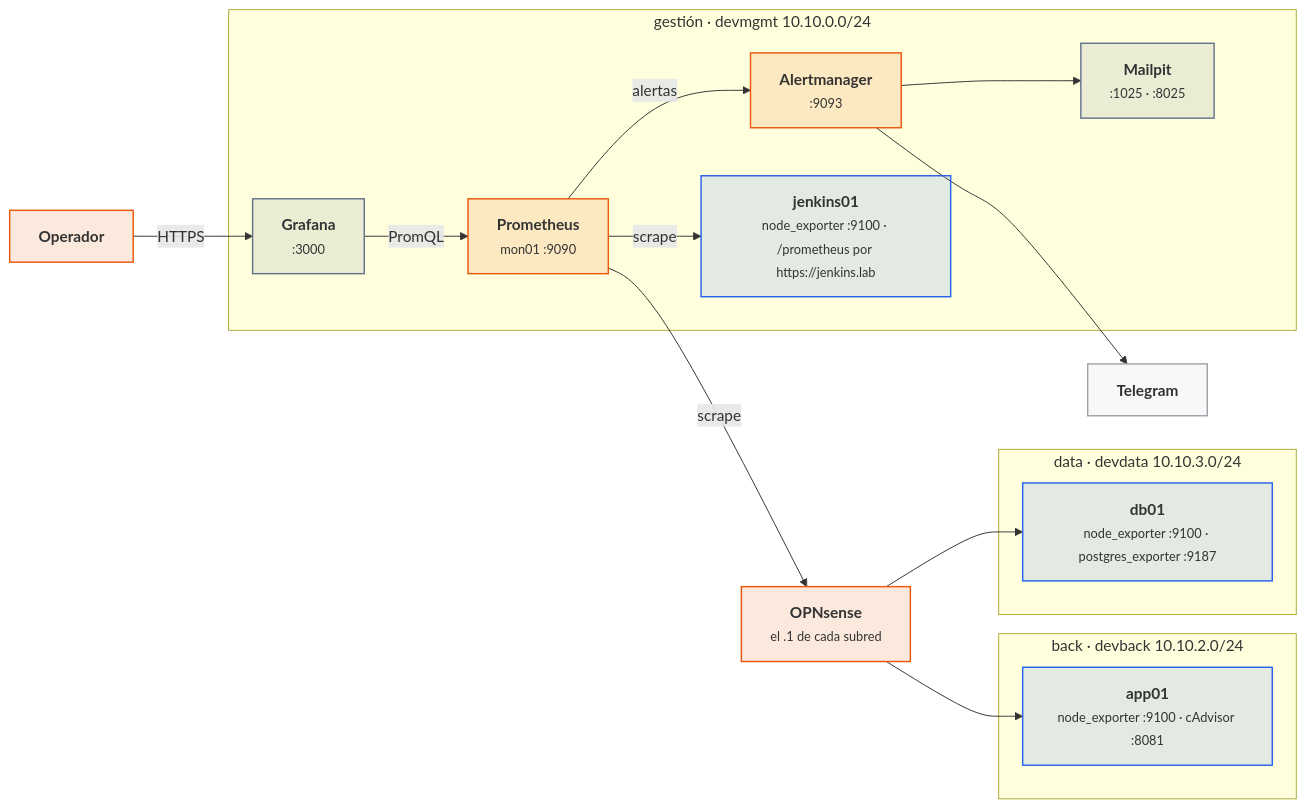
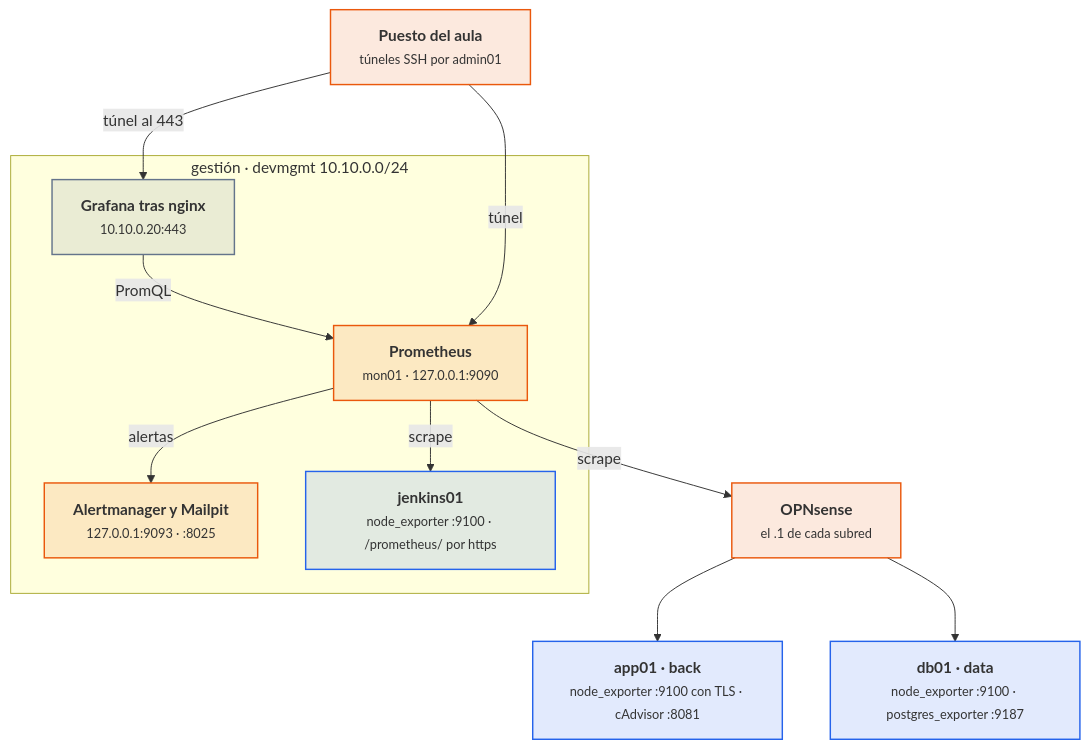
The second of 2 diagrams in docs/ut/ut7-monitorizacion.md (victor-educ/apuntes-5166), drawn with Mermaid before and after one commit. The commit also changed other lines of this file and 15 other files, not shown here.

````diff
--- a/docs/ut/ut7-monitorizacion.md
+++ b/docs/ut/ut7-monitorizacion.md
@@ -218,34 +162,24 @@
 ```mermaid
-flowchart LR
+flowchart TB
+    OPS["<b>Puesto del aula</b><br><small>túneles SSH por admin01</small>"]:::act
     subgraph gestion["gestión · devmgmt 10.10.0.0/24"]
-        P["<b>Prometheus</b><br><small>mon01 :9090</small>"]:::act
-        AM["<b>Alertmanager</b><br><small>:9093</small>"]:::act
-        G["<b>Grafana</b><br><small>:3000</small>"]:::pieza
-        MP["<b>Mailpit</b><br><small>:1025 · :8025</small>"]:::pieza
-        J["<b>jenkins01</b><br><small>node_exporter :9100 · /prometheus por https://jenkins.lab</small>"]:::dato
+        P["<b>Prometheus</b><br><small>mon01 · 127.0.0.1:9090</small>"]:::act
+        AM["<b>Alertmanager y Mailpit</b><br><small>127.0.0.1:9093 · :8025</small>"]:::act
+        G["<b>Grafana tras nginx</b><br><small>10.10.0.20:443</small>"]:::pieza
+        J["<b>jenkins01</b><br><small>node_exporter :9100 · /prometheus/ por https</small>"]:::dato
     end
     FW["<b>OPNsense</b><br><small>el .1 de cada subred</small>"]:::act
-    subgraph back["back · devback 10.10.2.0/24"]
-        A["<b>app01</b><br><small>node_exporter :9100 · cAdvisor :8081</small>"]:::dato
-    end
-    subgraph data["data · devdata 10.10.3.0/24"]
-        D["<b>db01</b><br><small>node_exporter :9100 · postgres_exporter :9187</small>"]:::dato
-    end
-    OPS["<b>Operador</b>"]:::act
-    TG["<b>Telegram</b>"]:::infra
+    A["<b>app01 · back</b><br><small>node_exporter :9100 con TLS · cAdvisor :8081</small>"]:::dato
+    D["<b>db01 · data</b><br><small>node_exporter :9100 · postgres_exporter :9187</small>"]:::dato
     P -- scrape --> J
     P -- scrape --> FW
     FW --> A
     FW --> D
     P -- alertas --> AM
-    AM --> MP
-    AM --> TG
     G -- PromQL --> P
-    OPS -- HTTPS --> G
+    OPS -- túnel --> P
+    OPS -- túnel al 443 --> G
     classDef act fill:#ea580c22,stroke:#ea580c,stroke-width:1.5px
     classDef pieza fill:#64748b22,stroke:#64748b,stroke-width:1.5px
     classDef dato fill:#2563eb22,stroke:#2563eb,stroke-width:1.5px
-    classDef infra fill:#a1a1aa14,stroke:#a1a1aa,stroke-width:1.5px
-    classDef ok fill:#16a34a22,stroke:#16a34a,stroke-width:1.5px
-    classDef riesgo fill:#dc262622,stroke:#dc2626,stroke-width:1.5px
 ```
````
